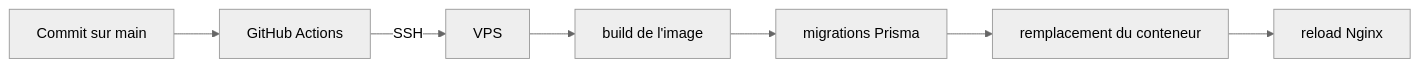
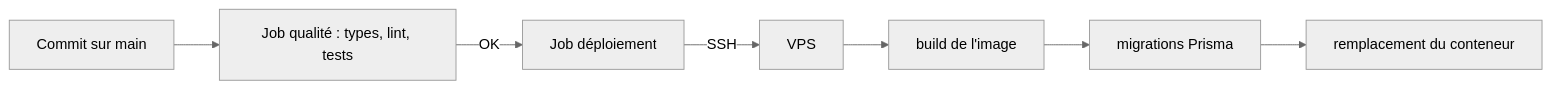
The diagram in content/lehub/deploiement.md (fresquesystemique/LaDoc), drawn with Mermaid (neutral theme) before and after one commit. The commit also changed other lines of this file and 11 other files, not shown here.

First line of the commit message:
docs: rattrape LeBoard et LeHub sur les chantiers de juillet

```diff
--- a/content/lehub/deploiement.md
+++ b/content/lehub/deploiement.md
@@ -18,9 +19,9 @@
 {{< mermaid >}}
 flowchart LR
-    DEV[Commit sur main] --> GH[GitHub Actions]
+    DEV[Commit sur main] --> Q[Job qualité : types, lint, tests]
+    Q -- OK --> GH[Job déploiement]
     GH -- SSH --> VPS[VPS]
     VPS --> B[build de l'image]
     B --> M[migrations Prisma]
     M --> U[remplacement du conteneur]
-    U --> N[reload Nginx]
 {{< /mermaid >}}
```
